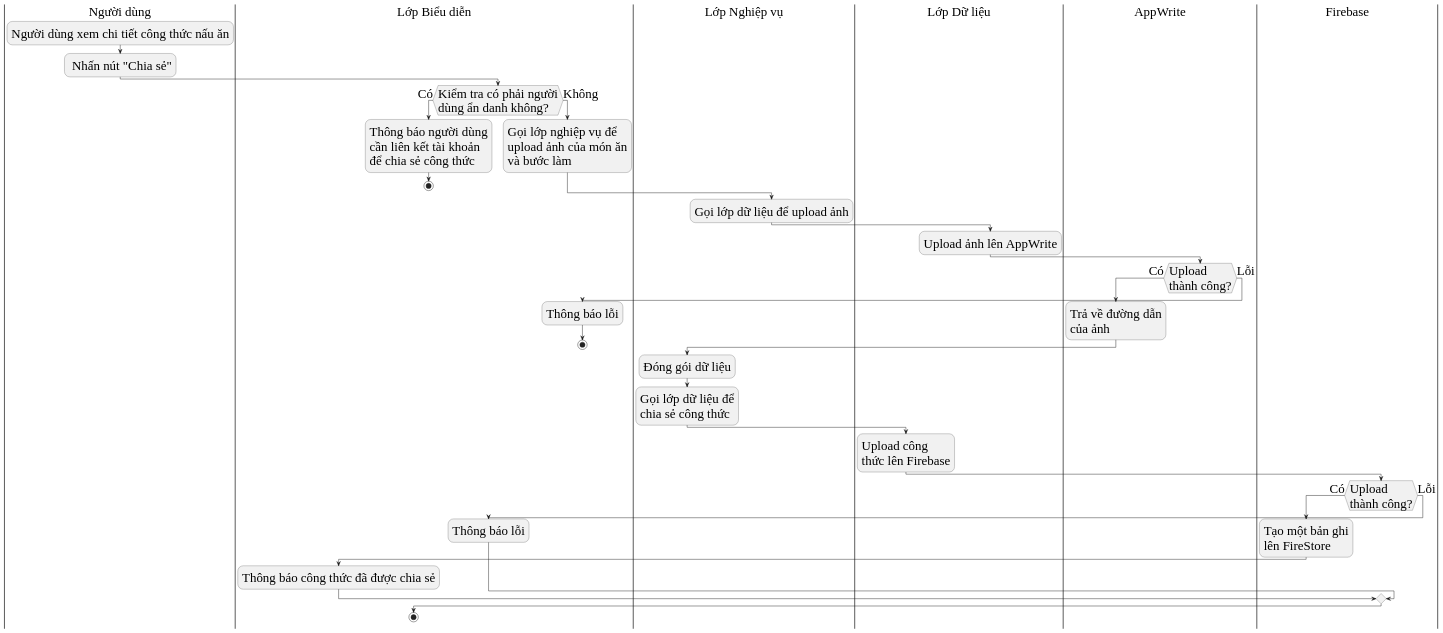
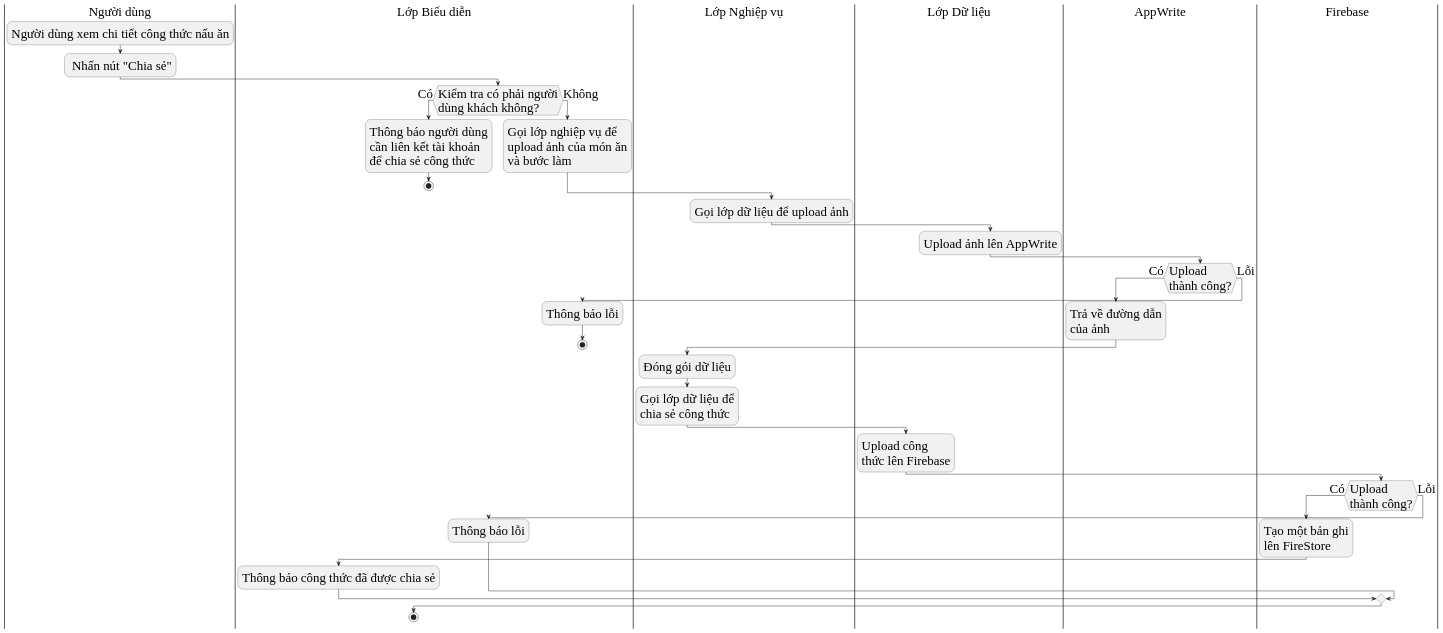
The diagram in diagram/share_reicpe.puml (thecodinglife320/CookGood), drawn with PlantUML before and after one commit. The commit also changed 38 other files, not shown here.

```diff
--- a/diagram/share_reicpe.puml
+++ b/diagram/share_reicpe.puml
@@ -1,46 +1,46 @@
 @startuml
 skinparam DefaultFontName "Liberation Serif"
 skinparam DefaultFontSize 30
 'left to right direction
 
 |Người dùng|
 :Người dùng xem chi tiết công thức nấu ăn;
 : Nhấn nút "Chia sẻ";
 
 |Lớp Biểu diễn|
 if (Kiểm tra có phải người
-dùng ẩn danh không?) then (Có)
+dùng khách không?) then (Có)
 	:Thông báo người dùng\ncần liên kết tài khoản\nđể chia sẻ công thức;
 	stop
 else (Không)
 	:Gọi lớp nghiệp vụ để \nupload ảnh của món ăn\nvà bước làm;
 endif
 
 |Lớp Nghiệp vụ|
 	:Gọi lớp dữ liệu để upload ảnh;
 
 |Lớp Dữ liệu|
 :Upload ảnh lên AppWrite;
 |AppWrite|
 if(Upload\nthành công?) then (Có)
 	:Trả về đường dẫn\ncủa ảnh;
 	|Lớp Nghiệp vụ|
 	:Đóng gói dữ liệu;
 	:Gọi lớp dữ liệu để\nchia sẻ công thức;
 	|Lớp Dữ liệu|
 	:Upload công\nthức lên Firebase;
 	|Firebase|
 	if(Upload\nthành công?) then (Có)
 		:Tạo một bản ghi\nlên FireStore;
 		|Lớp Biểu diễn|
 		:Thông báo công thức đã được chia sẻ;
 	else (Lỗi)
 		|Lớp Biểu diễn|
 		:Thông báo lỗi;
 	endif
 	stop
 else (Lỗi)
 	|Lớp Biểu diễn|
 	:Thông báo lỗi;
 stop
 @enduml
```
